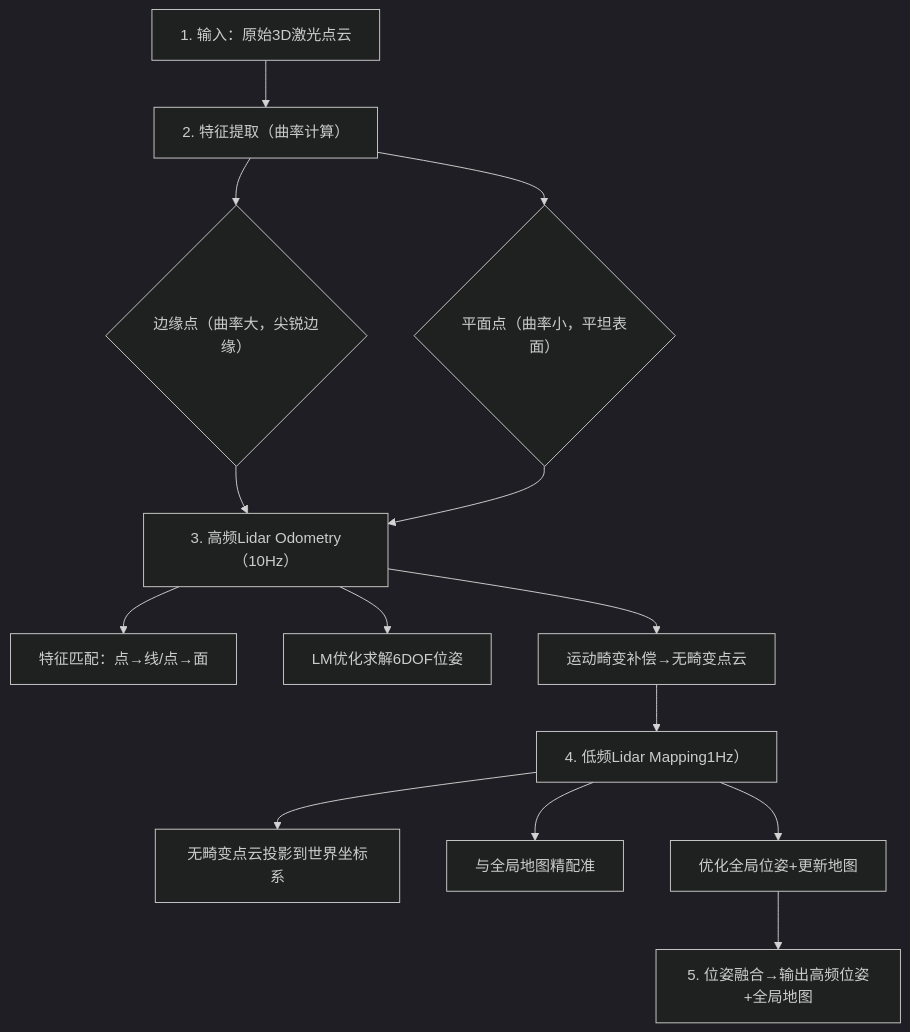
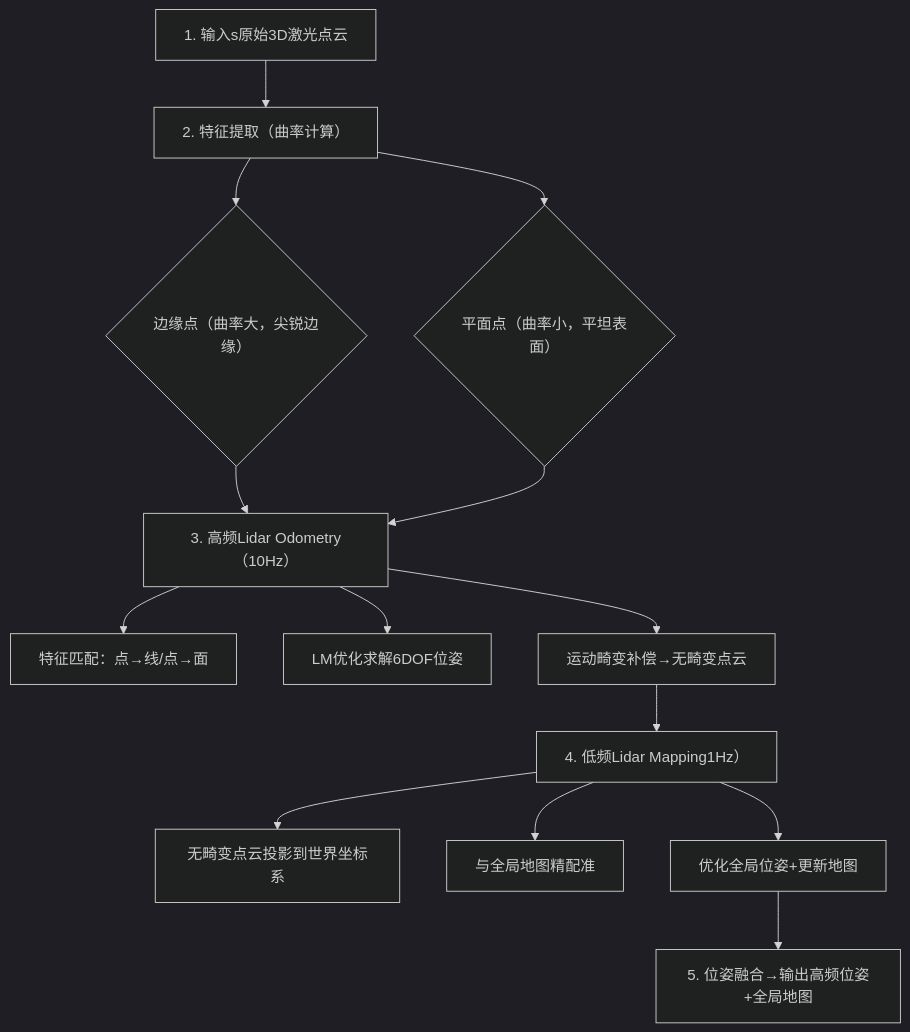
One commit to Siliciumdioxid/iodraw-files changed the diagram in all/未命名.md. Above: the diagram before and after it, drawn with Mermaid (dark theme).

Commit message:
2026-04-03 10:42:44 update

````diff
--- a/all/未命名.md
+++ b/all/未命名.md
@@ -1,17 +1,17 @@
 ```mermaid
 graph TD
-    A[1. 输入：原始3D激光点云] --> B[2. 特征提取（曲率计算）]
+    A[1. 输入s原始3D激光点云] --> B[2. 特征提取（曲率计算）]
     B --> C{边缘点（曲率大，尖锐边缘）}
     B --> D{平面点（曲率小，平坦表面）}
     C --> E[3. 高频Lidar Odometry（10Hz）]
     D --> E
     E --> F["特征匹配：点→线/点→面"]
     E --> G[LM优化求解6DOF位姿]
     E --> H[运动畸变补偿→无畸变点云]
     H --> I[4. 低频Lidar Mapping1Hz）]
     I --> J[无畸变点云投影到世界坐标系]
     I --> K[与全局地图精配准]
     I --> L[优化全局位姿+更新地图]
     L --> M[5. 位姿融合→输出高频位姿+全局地图]
 
 ```
````
